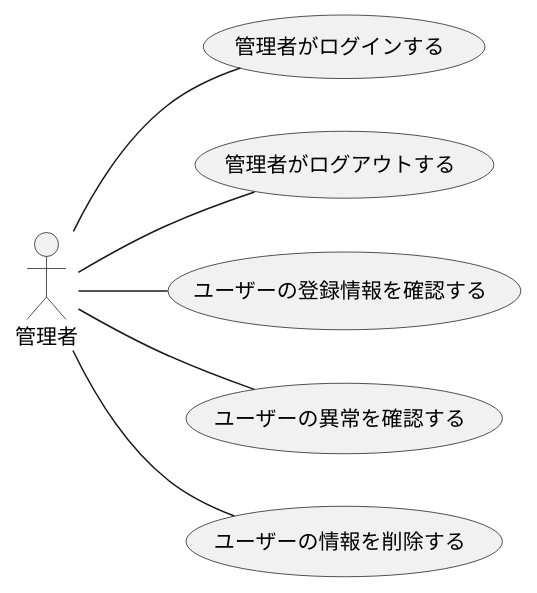
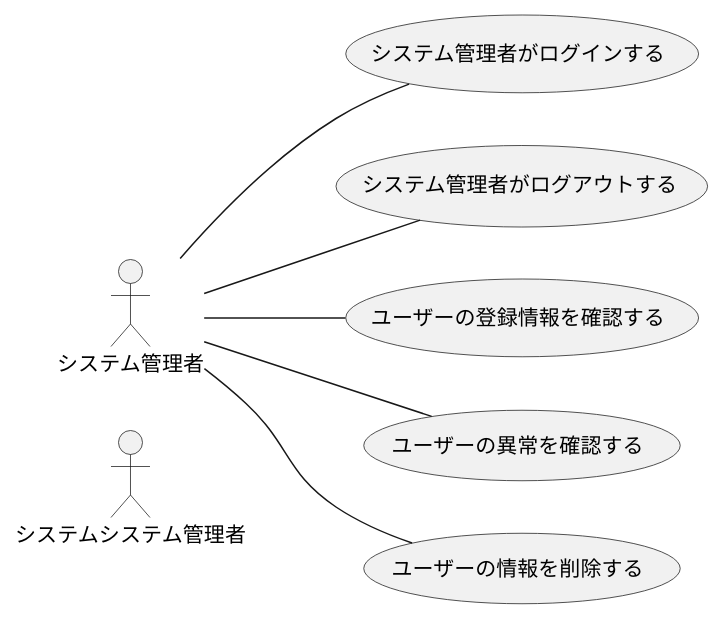
The diagram in F_usecase_admin.plantuml (ksw2270227/GroupF), drawn with PlantUML before and after one commit. The commit also changed 7 other files, not shown here.

```diff
--- a/F_usecase_admin.plantuml
+++ b/F_usecase_admin.plantuml
@@ -1,13 +1,13 @@
-@startuml 管理者
+@startuml システムシステム管理者
 left to right direction
-actor 管理者
+actor システムシステム管理者
 
-管理者 -- (管理者がログインする)
-管理者 -- (管理者がログアウトする)
-管理者 -- (ユーザーの登録情報を確認する)
-管理者 -- (ユーザーの異常を確認する)
-管理者 -- (ユーザーの情報を削除する)
+システム管理者 -- (システム管理者がログインする)
+システム管理者 -- (システム管理者がログアウトする)
+システム管理者 -- (ユーザーの登録情報を確認する)
+システム管理者 -- (ユーザーの異常を確認する)
+システム管理者 -- (ユーザーの情報を削除する)
 
 
 
 @enduml
```
